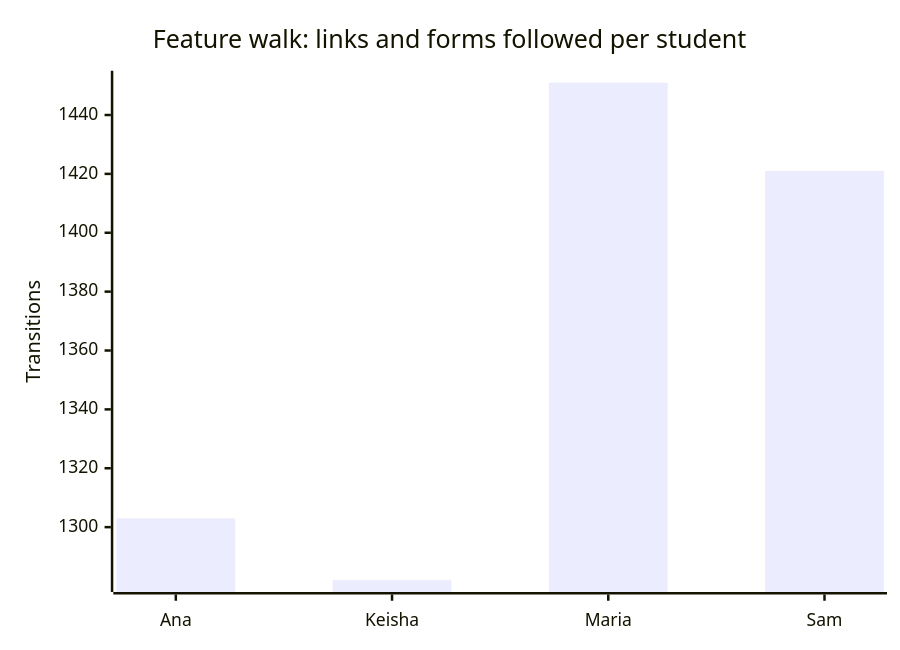
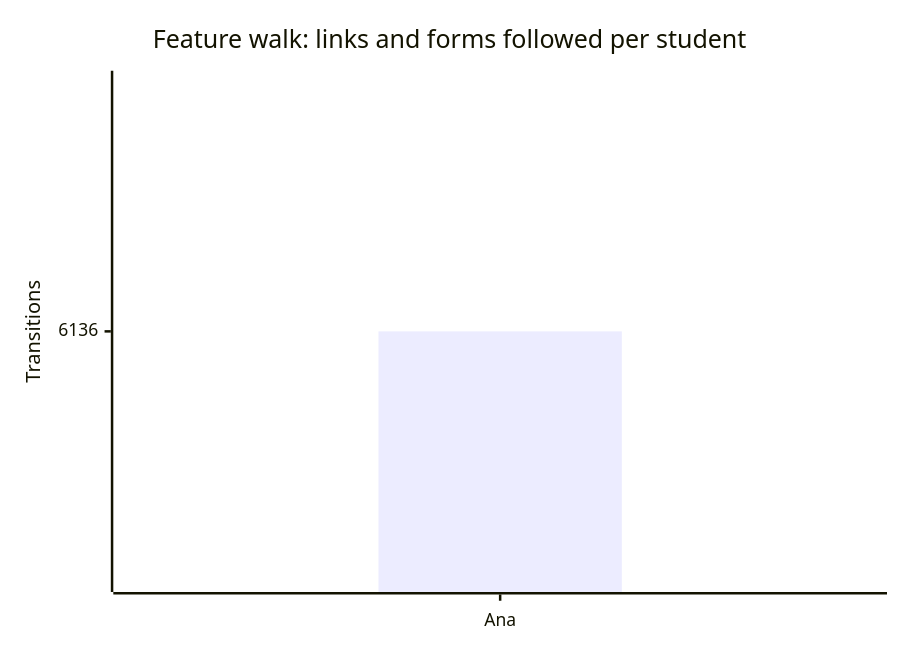
Before and after one commit to russlittle/ZTHR: the third of 3 diagrams in docs/testing/coverage.md, drawn with Mermaid. The commit also changed other lines of this file and 83 other files, not shown here.

````diff
--- a/docs/testing/coverage.md
+++ b/docs/testing/coverage.md
@@ -95,7 +71,7 @@
 ```mermaid
 xychart-beta
   title "Feature walk: links and forms followed per student"
-  x-axis ["Ana", "Keisha", "Maria", "Sam"]
+  x-axis ["Ana"]
   y-axis "Transitions"
-  bar [1303, 1282, 1451, 1421]
+  bar [6136]
 ```
````
